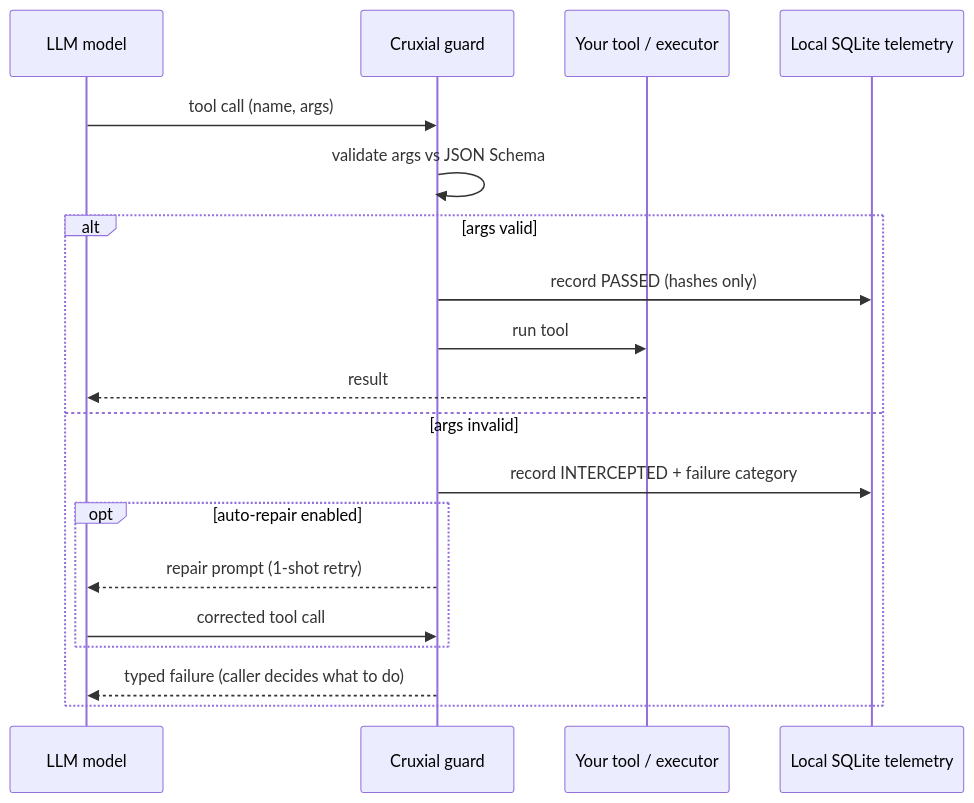
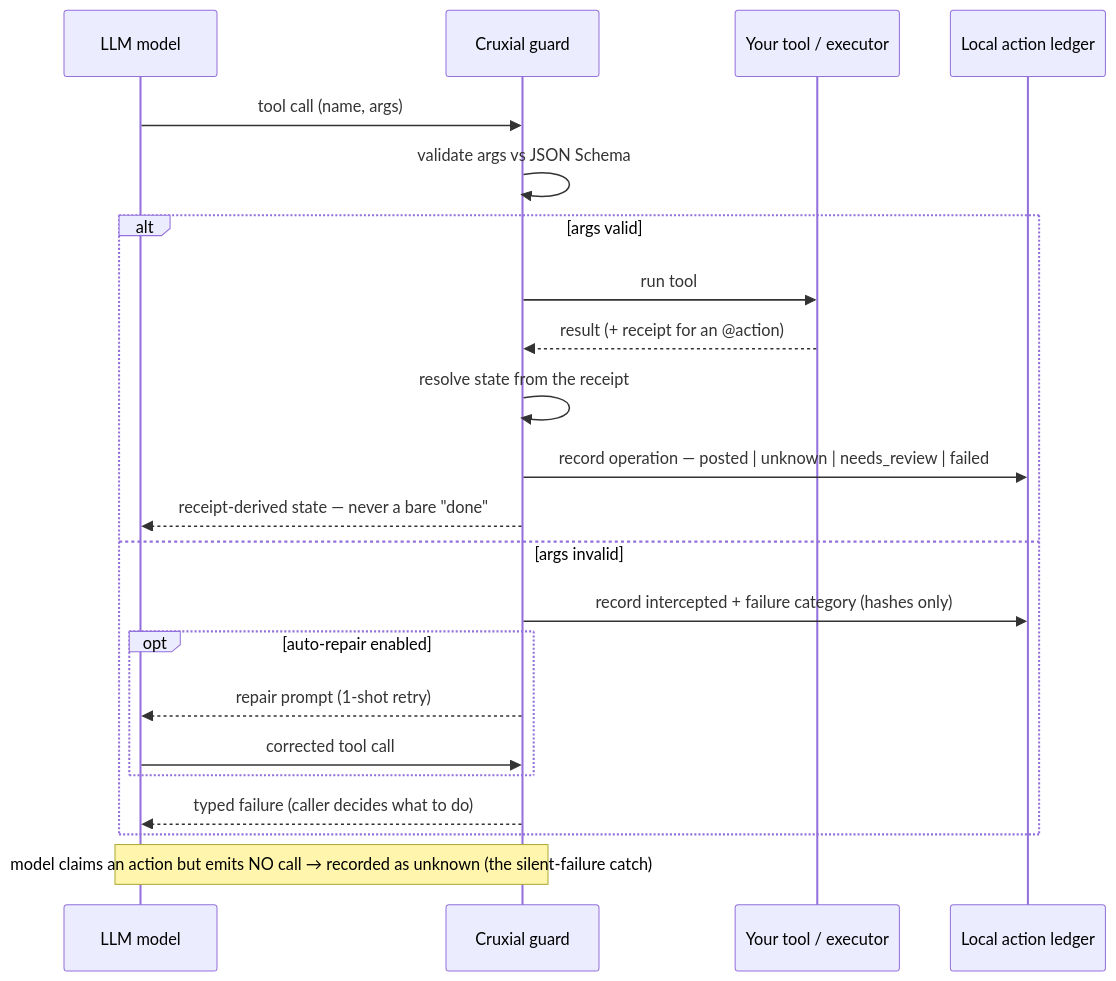
One commit to selva-iitg/cruxial changed the diagram in README.md. Above: the diagram before and after it, drawn with Mermaid.

Commit message:
readme: update architecture diagram to show the action layer (receipt -> state -> ledger + silent-failure catch)

````diff
--- a/README.md
+++ b/README.md
@@ -280,22 +280,25 @@
 ```mermaid
 sequenceDiagram
     participant M as LLM model
     participant C as Cruxial guard
     participant T as Your tool / executor
-    participant DB as Local SQLite telemetry
+    participant L as Local action ledger
 
     M->>C: tool call (name, args)
     C->>C: validate args vs JSON Schema
     alt args valid
-        C->>DB: record PASSED (hashes only)
         C->>T: run tool
-        T-->>M: result
+        T-->>C: result (+ receipt for an @action)
+        C->>C: resolve state from the receipt
+        C->>L: record operation — posted | unknown | needs_review | failed
+        C-->>M: receipt-derived state — never a bare "done"
     else args invalid
-        C->>DB: record INTERCEPTED + failure category
+        C->>L: record intercepted + failure category (hashes only)
         opt auto-repair enabled
             C-->>M: repair prompt (1-shot retry)
             M->>C: corrected tool call
         end
         C-->>M: typed failure (caller decides what to do)
     end
+    Note over M,C: model claims an action but emits NO call → recorded as unknown (the silent-failure catch)
 ```
````
